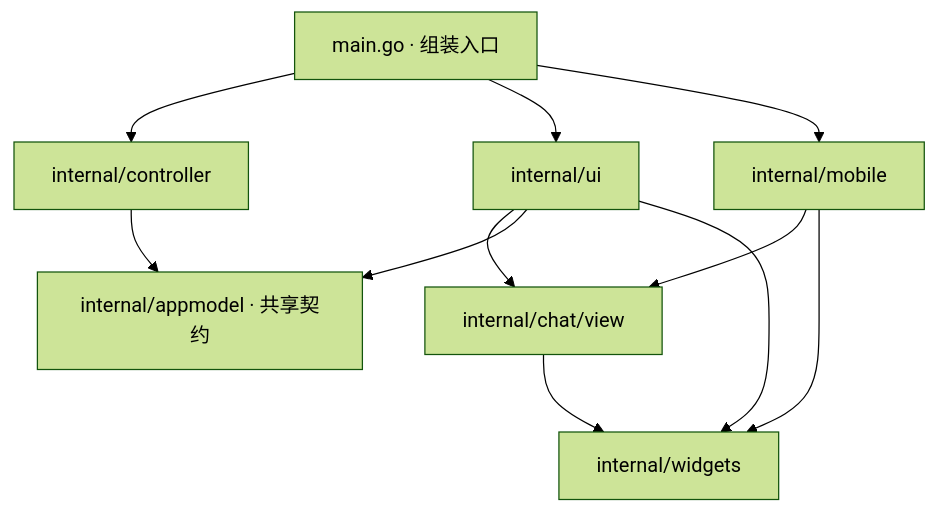
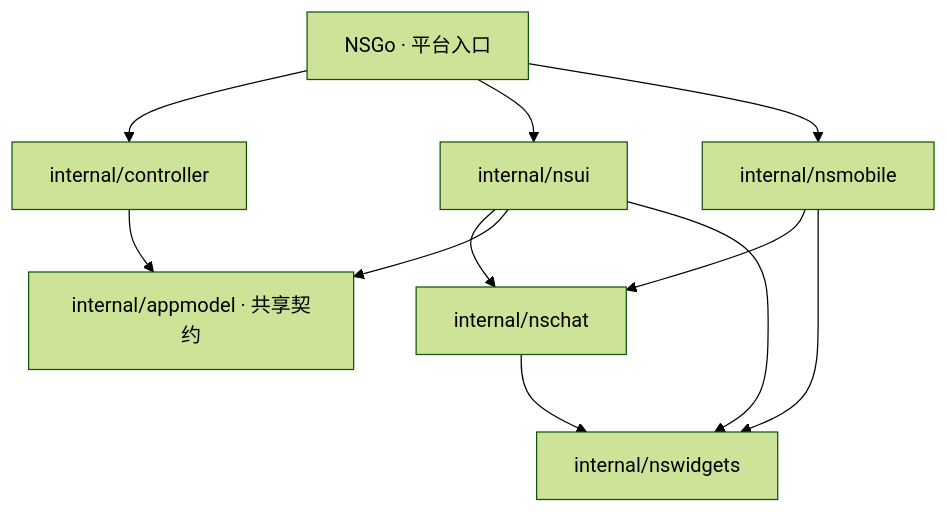
Before and after one commit to daodao97/miya: the diagram in docs/ui-boundaries.md, drawn with Mermaid (forest theme). The commit also changed other lines of this file and 17 other files, not shown here.

````diff
--- a/docs/ui-boundaries.md
+++ b/docs/ui-boundaries.md
@@ -5,13 +5,13 @@
 ```mermaid
 flowchart TD
-    main[main.go · 组装入口] --> controller[internal/controller]
-    main --> desktop[internal/ui]
-    main --> mobile[internal/mobile]
-    desktop --> conversation[internal/chat/view]
+    main[NSGo · 平台入口] --> controller[internal/controller]
+    main --> desktop[internal/nsui]
+    main --> mobile[internal/nsmobile]
+    desktop --> conversation[internal/nschat]
     mobile --> conversation
     desktop --> contracts[internal/appmodel · 共享契约]
     controller --> contracts
-    conversation --> widgets[internal/widgets]
+    conversation --> widgets[internal/nswidgets]
     mobile --> widgets
     desktop --> widgets
 ```
````
